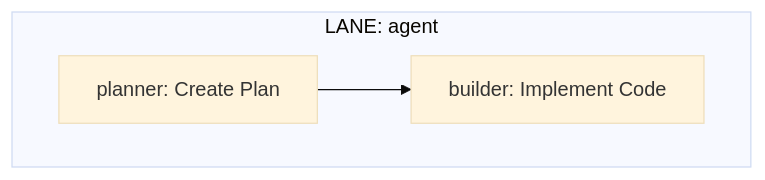
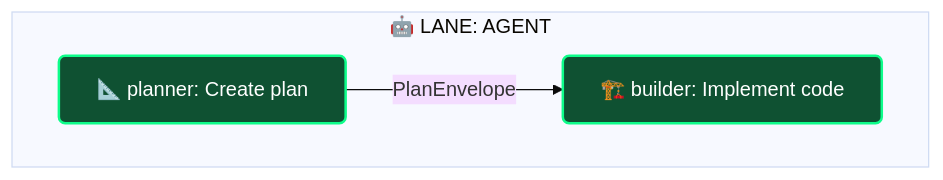
The diagram in templates/apf_scaffold/workflows/plan_build/graph.mermaid (saulfernandez-me/agno-self-contain-software-factor), drawn with Mermaid (base theme) before and after one commit. The commit also changed 14 other files, not shown here.

Commit message:
refactor: upgrade all workflow diagrams to the APF Mermaid v2.0 visual standard

```diff
--- a/templates/apf_scaffold/workflows/plan_build/graph.mermaid
+++ b/templates/apf_scaffold/workflows/plan_build/graph.mermaid
@@ -1,6 +1,10 @@
 graph TD
-    subgraph "LANE: agent"
-        PLAN["planner: Create Plan"]:::agent
-        BUILD["builder: Implement Code"]:::agent
+    %% APF Color Palette
+    classDef agent fill:#0f5132,stroke:#0dfd8a,stroke-width:2px,color:#fff,rx:5px,ry:5px
+
+    subgraph "🤖 LANE: AGENT"
+        PLAN["📐 planner: Create plan"]:::agent
+        BUILD["🏗️ builder: Implement code"]:::agent
     end
-    PLAN --> BUILD
+    
+    PLAN -->|PlanEnvelope| BUILD
```
